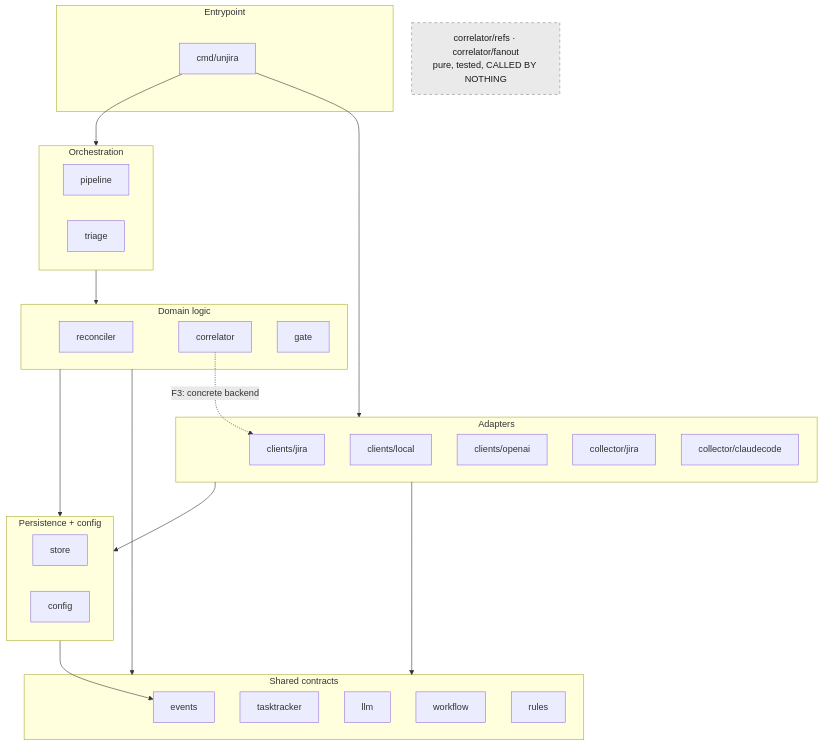
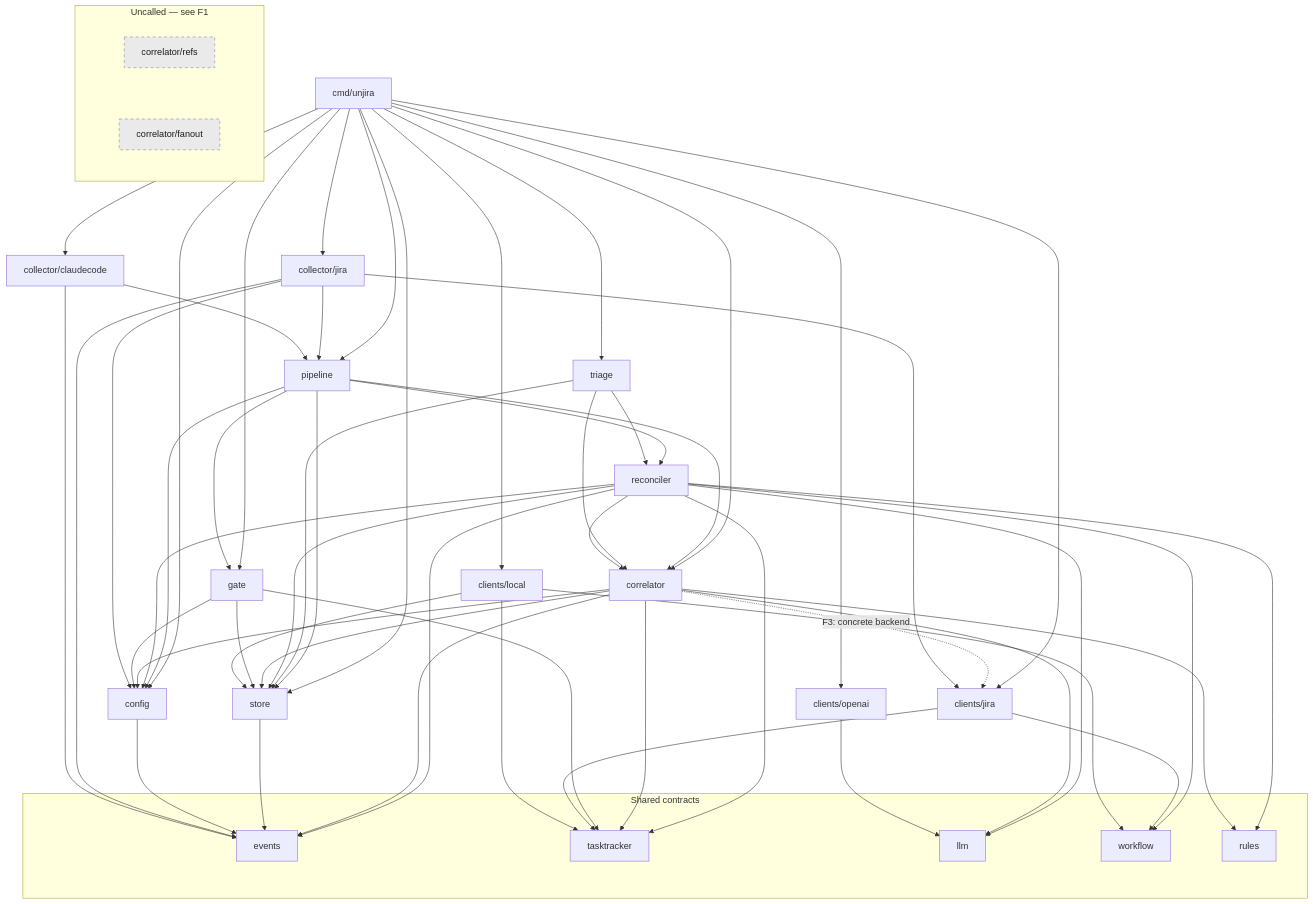
The fourth of 4 diagrams in docs/architecture.md (jcogilvie/unjira), drawn with Mermaid before and after one commit. The commit also changed other lines of this file, not shown here.

First line of the commit message:
docs: restore full diagram detail — zoom makes pixel count a non-constraint

````diff
--- a/docs/architecture.md
+++ b/docs/architecture.md
@@ -190,58 +222,53 @@
 ```mermaid
 ---
 config:
-  nodeSpacing: 45
-  rankSpacing: 60
+  nodeSpacing: 90
+  rankSpacing: 130
 ---
 flowchart TB
-    subgraph L1["Entrypoint"]
-        CMD["cmd/unjira"]
-    end
+    CMD["cmd/unjira"]
+    PIPE["pipeline"]
+    TRIAGE["triage"]
+    RECON["reconciler"]
+    CORR["correlator"]
+    GATE["gate"]
+    STORE["store"]
+    CONFIG["config"]
+    CJIRA["clients/jira"]
+    CLOCAL["clients/local"]
+    COAI["clients/openai"]
+    COLLJ["collector/jira"]
+    COLLC["collector/claudecode"]
 
-    subgraph L2["Orchestration"]
-        PIPE["pipeline"]
-        TRIAGE["triage"]
-    end
-
-    subgraph L3["Domain logic"]
-        RECON["reconciler"]
-        CORR["correlator"]
-        GATE["gate"]
-    end
-
-    subgraph L4["Adapters"]
-        CJIRA["clients/jira"]
-        CLOCAL["clients/local"]
-        COAI["clients/openai"]
-        COLLJ["collector/jira"]
-        COLLC["collector/claudecode"]
-    end
-
-    subgraph L5["Persistence + config"]
-        STORE["store"]
-        CONFIG["config"]
-    end
-
-    subgraph L6["Shared contracts"]
+    subgraph contracts["Shared contracts"]
         EVENTS["events"]
         TT["tasktracker"]
         LLM["llm"]
         WF["workflow"]
         RULES["rules"]
     end
 
-    ORPHAN["correlator/refs · correlator/fanout<br/>pure, tested, CALLED BY NOTHING"]
+    subgraph orphans["Uncalled — see F1"]
+        REFS["correlator/refs"]
+        FANOUT["correlator/fanout"]
+    end
 
-    CMD --> L2
-    CMD --> L4
-    L2 --> L3
-    L3 --> L5
-    L3 --> L6
-    L4 --> L5
-    L4 --> L6
-    L5 --> EVENTS
+    CMD --> PIPE & TRIAGE & GATE & CORR & STORE & CONFIG
+    CMD --> CJIRA & CLOCAL & COAI & COLLJ & COLLC
+    PIPE --> RECON & CORR & GATE & STORE & CONFIG
+    TRIAGE --> RECON & CORR & STORE
+    RECON --> CORR & STORE & CONFIG & WF & LLM & RULES & EVENTS & TT
+    CORR --> STORE & CONFIG & LLM & RULES & EVENTS & TT
     CORR -.->|"F3: concrete backend"| CJIRA
+    GATE --> STORE & CONFIG & TT
+    STORE --> EVENTS
+    CONFIG --> EVENTS
+    CJIRA --> TT & WF
+    CLOCAL --> STORE & TT & WF
+    COAI --> LLM
+    COLLJ --> CJIRA & CONFIG & EVENTS & PIPE
+    COLLC --> EVENTS & PIPE
 
     classDef orphan fill:#eaeaea,stroke:#888,stroke-dasharray: 5 5,color:#1a1a1a
-    class ORPHAN orphan
+    class REFS,FANOUT orphan
 ```
````
